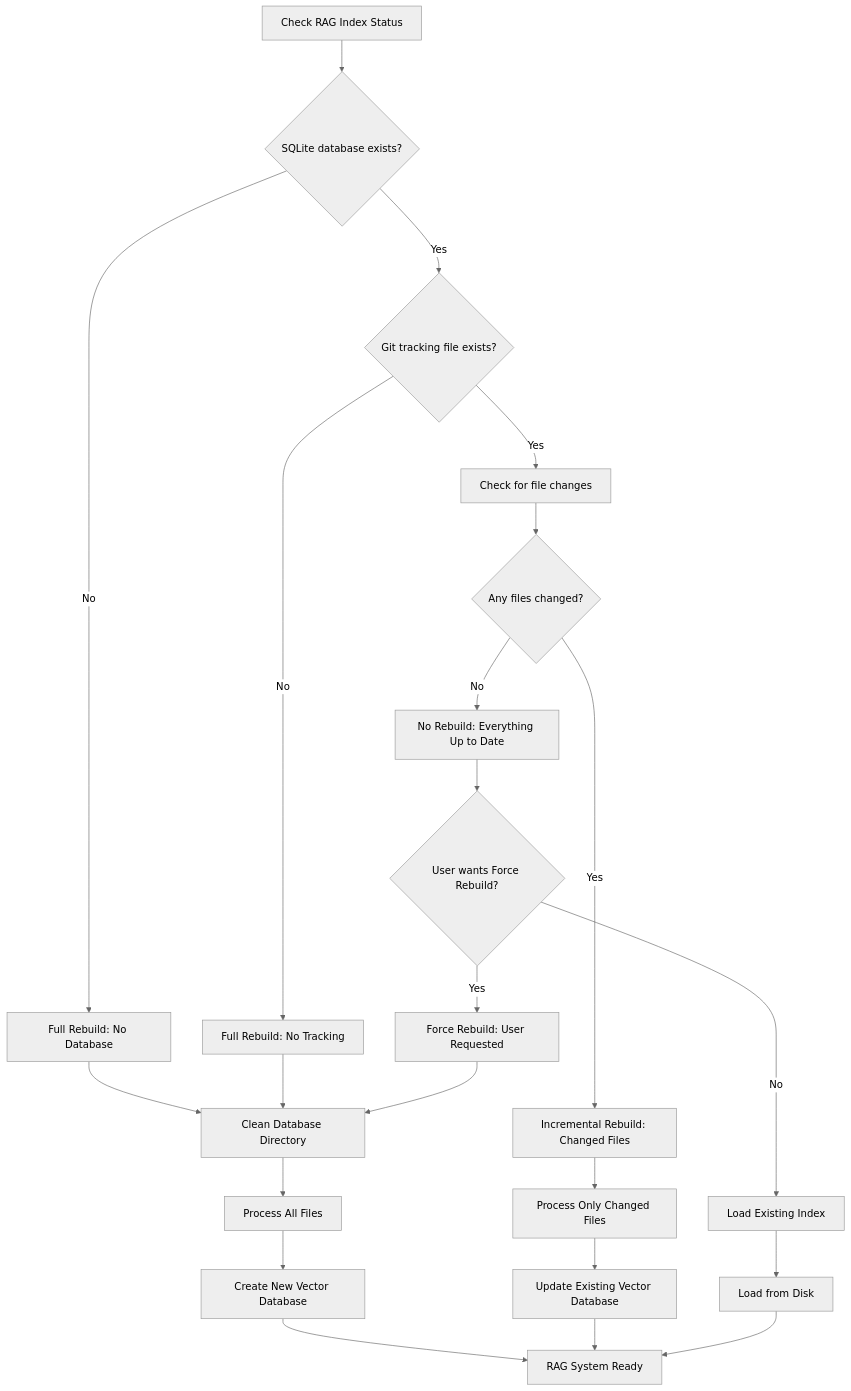
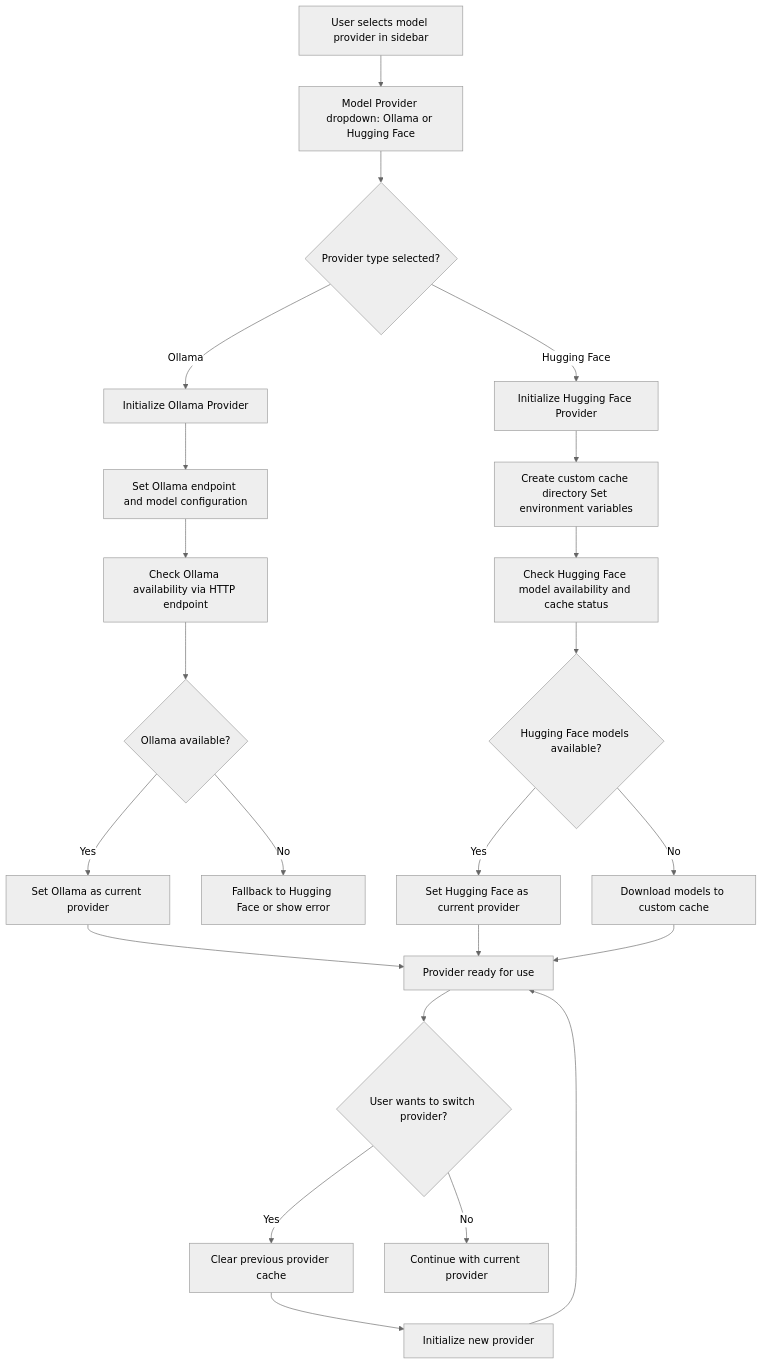
One commit to anilbattini/codebase-qa changed the third of 5 diagrams in debug_tools/MERMAID_CHART.md. Above: the diagram before and after it, drawn with Mermaid (neutral theme). The commit also changed other lines of this file and 16 other files, not shown here.

Commit message:
model provider experiment

````diff
--- a/debug_tools/MERMAID_CHART.md
+++ b/debug_tools/MERMAID_CHART.md
@@ -74,32 +87,35 @@
 ```mermaid
 flowchart TD
-    A[Check RAG Index Status] --> B{SQLite database exists?}
-    B -->|No| C[Full Rebuild: No Database]
-    B -->|Yes| D{Git tracking file exists?}
+    A[User selects model provider in sidebar] --> B[Model Provider dropdown: Ollama or Hugging Face]
+    B --> C{Provider type selected?}
     
-    D -->|No| E[Full Rebuild: No Tracking]
-    D -->|Yes| F[Check for file changes]
+    C -->|Ollama| D[Initialize Ollama Provider]
+    C -->|Hugging Face| E[Initialize Hugging Face Provider]
     
-    F --> G{Any files changed?}
-    G -->|Yes| H[Incremental Rebuild: Changed Files]
-    G -->|No| I[No Rebuild: Everything Up to Date]
+    D --> F[Set Ollama endpoint and model configuration]
+    E --> G[Create custom cache directory Set environment variables]
     
-    I --> J{User wants Force Rebuild?}
-    J -->|Yes| K[Force Rebuild: User Requested]
-    J -->|No| L[Load Existing Index]
+    F --> H[Check Ollama availability via HTTP endpoint]
+    G --> I[Check Hugging Face model availability and cache status]
     
-    C --> M[Clean Database Directory]
-    E --> M
-    K --> M
+    H --> J{Ollama available?}
+    I --> K{Hugging Face models available?}
     
-    M --> N[Process All Files]
-    H --> O[Process Only Changed Files]
-    L --> P[Load from Disk]
+    J -->|Yes| L[Set Ollama as current provider]
+    J -->|No| M[Fallback to Hugging Face or show error]
     
-    N --> Q[Create New Vector Database]
-    O --> R[Update Existing Vector Database]
+    K -->|Yes| N[Set Hugging Face as current provider]
+    K -->|No| O[Download models to custom cache]
     
-    Q --> S[RAG System Ready]
-    R --> S
-    P --> S
+    L --> P[Provider ready for use]
+    N --> P
+    O --> P
+    
+    %% Provider Switching
+    P --> Q{User wants to switch provider?}
+    Q -->|Yes| R[Clear previous provider cache]
+    R --> S[Initialize new provider]
+    S --> P
+    
+    Q -->|No| T[Continue with current provider]
 ```
````
